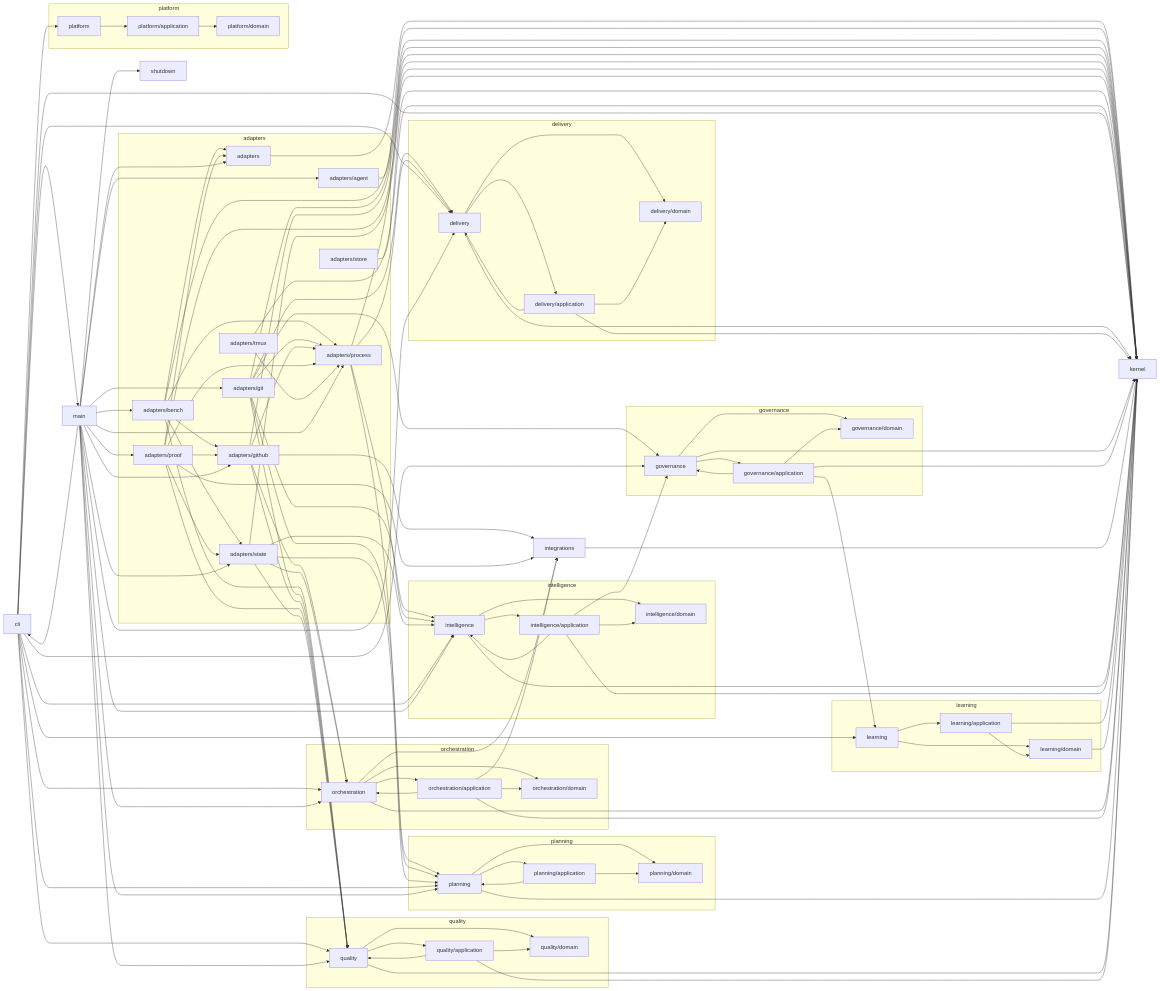
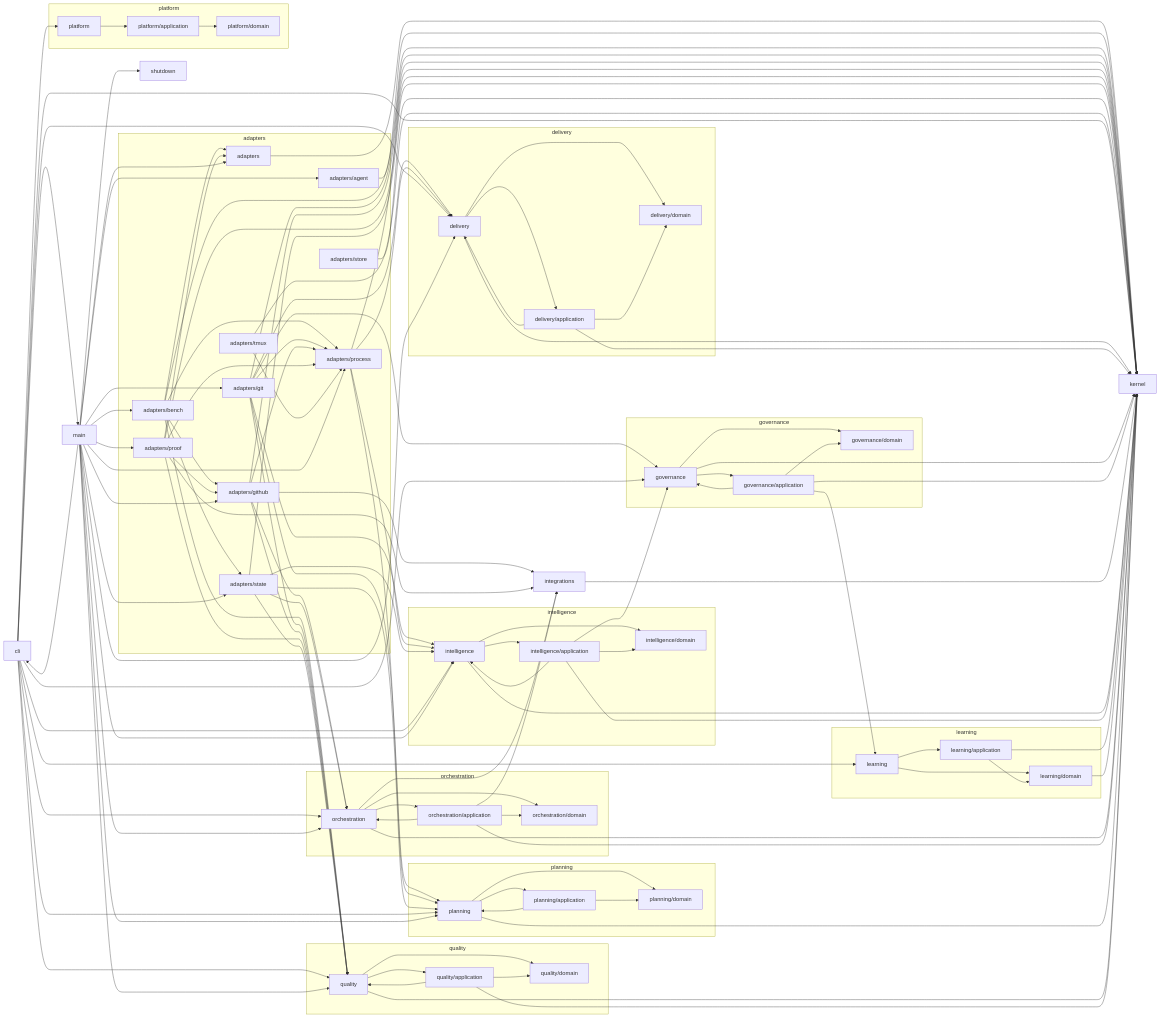
One commit to sethdford/shipwright changed the diagram in docs/reference/dependency-graph.md. Above: the diagram before and after it, drawn with Mermaid. The commit also changed 28 other files, not shown here.

```diff
--- a/docs/reference/dependency-graph.md
+++ b/docs/reference/dependency-graph.md
@@ -91,7 +91,6 @@
   adapters_proof --> adapters
   adapters_proof --> adapters_github
   adapters_proof --> adapters_process
-  adapters_proof --> adapters_state
   adapters_proof --> integrations
   adapters_proof --> kernel
   adapters_proof --> quality
```
